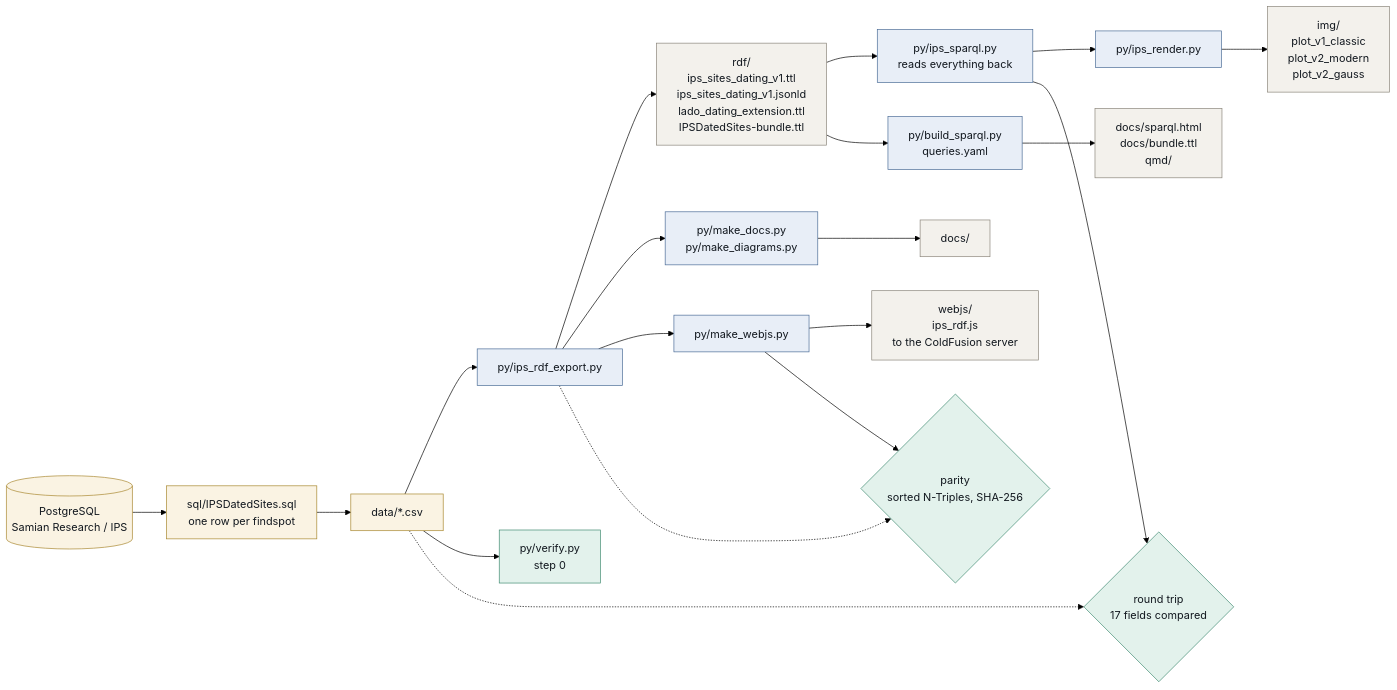
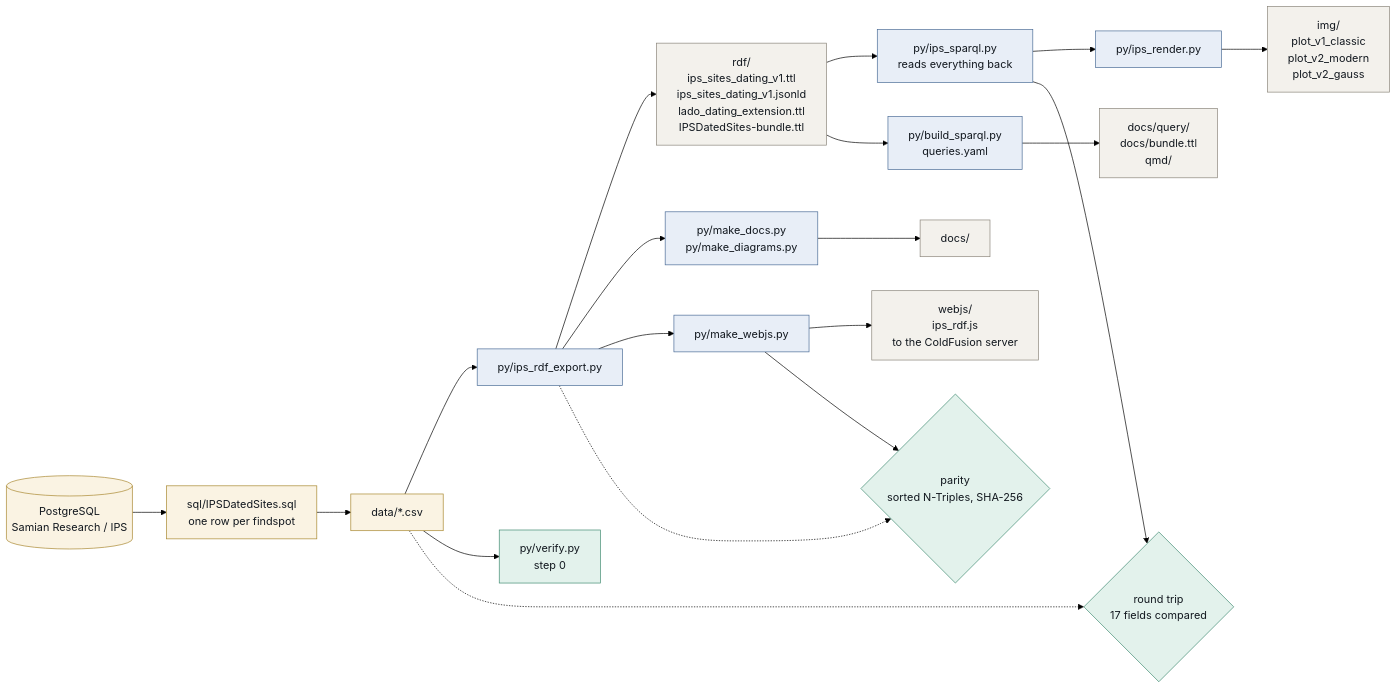
One commit to leiza-rse/IPSDatedSites changed the diagram in docs/diagrams/architecture.mmd. Above: the diagram before and after it, drawn with Mermaid (forest theme). The commit also changed 36 other files, not shown here.

```diff
--- a/docs/diagrams/architecture.mmd
+++ b/docs/diagrams/architecture.mmd
@@ -1,39 +1,39 @@
 flowchart LR
     DB[("PostgreSQL<br/>Samian Research / IPS")]
     SQL["sql/IPSDatedSites.sql<br/>one row per findspot"]
     CSV["data/*.csv"]
     EXP["py/ips_rdf_export.py"]
     RDF["rdf/<br/>ips_sites_dating_v1.ttl<br/>ips_sites_dating_v1.jsonld<br/>lado_dating_extension.ttl<br/>IPSDatedSites-bundle.ttl"]
     SPQ["py/ips_sparql.py<br/>reads everything back"]
     REN["py/ips_render.py"]
     IMG["img/<br/>plot_v1_classic<br/>plot_v2_modern<br/>plot_v2_gauss"]
     DOC["py/make_docs.py<br/>py/make_diagrams.py"]
     DOCS["docs/"]
     VER["py/verify.py<br/>step 0"]
     WEB["py/make_webjs.py"]
     JS["webjs/<br/>ips_rdf.js<br/>to the ColdFusion server"]
     SPB["py/build_sparql.py<br/>queries.yaml"]
-    PAGE["docs/sparql.html<br/>docs/bundle.ttl<br/>qmd/"]
+    PAGE["docs/query/<br/>docs/bundle.ttl<br/>qmd/"]
     CHK{"round trip<br/>17 fields compared"}
     PAR{"parity<br/>sorted N-Triples, SHA-256"}
 
     DB --> SQL --> CSV --> EXP --> RDF --> SPQ --> REN --> IMG
     CSV --> VER
     EXP --> DOC --> DOCS
     EXP --> WEB --> JS
     RDF --> SPB --> PAGE
     SPQ --> CHK
     CSV -.-> CHK
     WEB --> PAR
     EXP -.-> PAR
 
     class DB,SQL,CSV io
     class RDF,IMG,DOCS,JS,PAGE ext
     class EXP,SPQ,REN,DOC,WEB,SPB local
     class CHK,PAR,VER time
 
     classDef local fill:#e8eef7,stroke:#4a6b96,stroke-width:1px,color:#12181f
     classDef crm fill:#efe7f5,stroke:#7a5a96,stroke-width:1px,color:#12181f
     classDef time fill:#e3f2ec,stroke:#3f8a70,stroke-width:1px,color:#12181f
     classDef ext fill:#f3f1ec,stroke:#8a857a,stroke-width:1px,color:#12181f
     classDef io fill:#faf3e3,stroke:#a8872e,stroke-width:1px,color:#12181f
```
